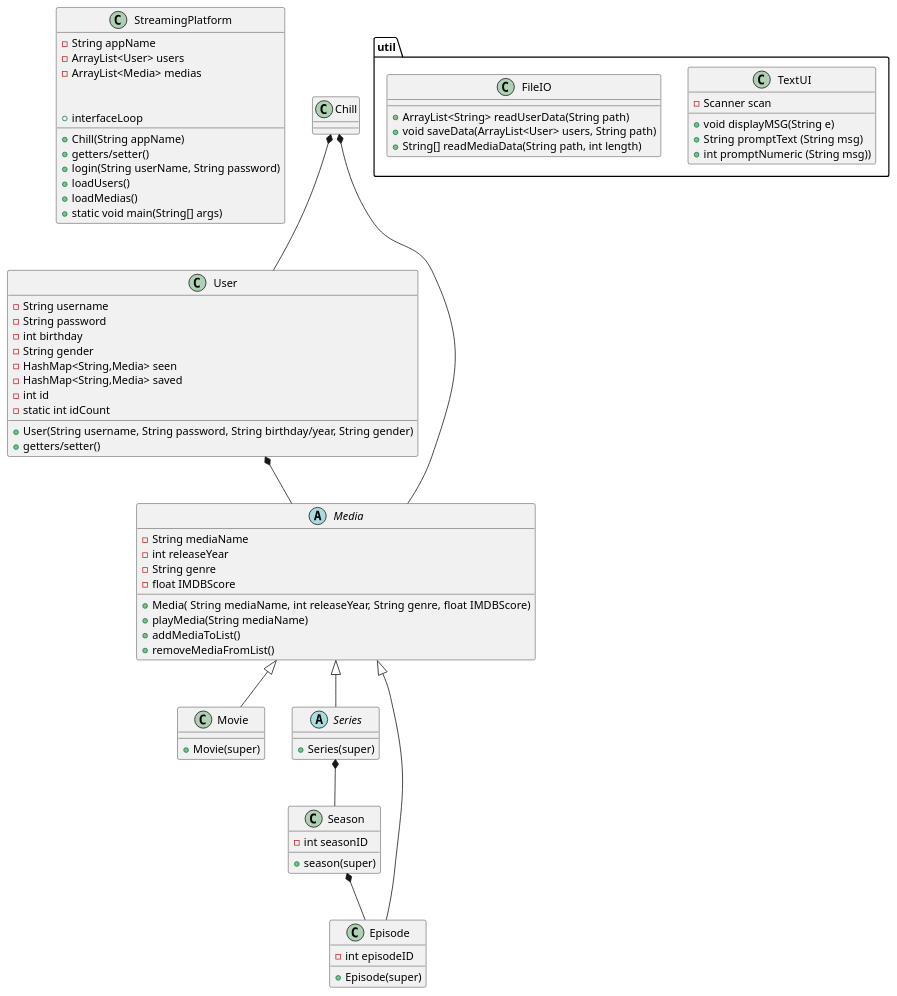
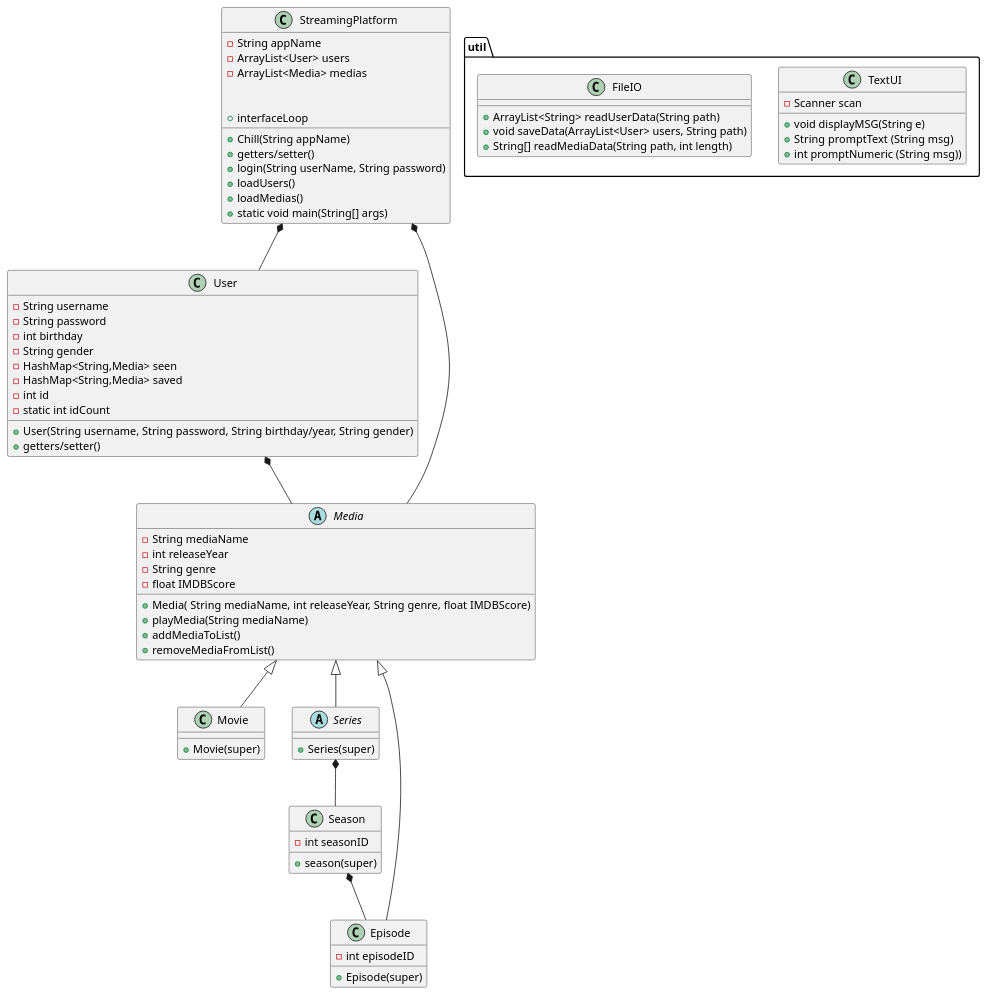
Before and after one commit to niki03125/SP3: the diagram in doc/classdiagram.puml, drawn with PlantUML.

Commit message:
classdiagram update/fixes

```diff
--- a/doc/classdiagram.puml
+++ b/doc/classdiagram.puml
@@ -1,92 +1,92 @@
 @startuml
 
 class StreamingPlatform{
 - String appName
 - ArrayList<User> users
 - ArrayList<Media> medias
 + Chill(String appName)
 
 
 + getters/setter()
 + login(String userName, String password)
 + loadUsers()
 + loadMedias()
 + interfaceLoop
 + static void main(String[] args)
 }
 
 class User{
 - String username
 - String password
 - int birthday
 - String gender
 - HashMap<String,Media> seen
 - HashMap<String,Media> saved
 - int id
 - static int idCount
 
 + User(String username, String password, String birthday/year, String gender)
 + getters/setter()
 
 }
 
 package "util"{
 
 class TextUI{
 - Scanner scan
 
 + void displayMSG(String e)
 + String promptText (String msg)
 + int promptNumeric (String msg))
 }
 
 class FileIO{
 + ArrayList<String> readUserData(String path)
 + void saveData(ArrayList<User> users, String path)
 + String[] readMediaData(String path, int length)
 }
 
 }
 
 abstract class Media{
 - String mediaName
 - int releaseYear
 - String genre
 - float IMDBScore
 
 + Media( String mediaName, int releaseYear, String genre, float IMDBScore)
 + playMedia(String mediaName)
 + addMediaToList()
 + removeMediaFromList()
 }
 
 class Movie extends Media{
 + Movie(super)
 }
 
 abstract class Series extends Media{
 + Series(super)
 }
 
 class Season{
 - int seasonID
 + season(super)
 }
 
 class Episode extends Media{
 -int episodeID
 + Episode(super)
 }
 
-Chill *-- Media
+StreamingPlatform *-- Media
 
 User *-- Media
 
-Chill *-- User
+StreamingPlatform *-- User
 
 Series *-- Season
 
 Season *-- Episode
 
 
 @enduml
```
